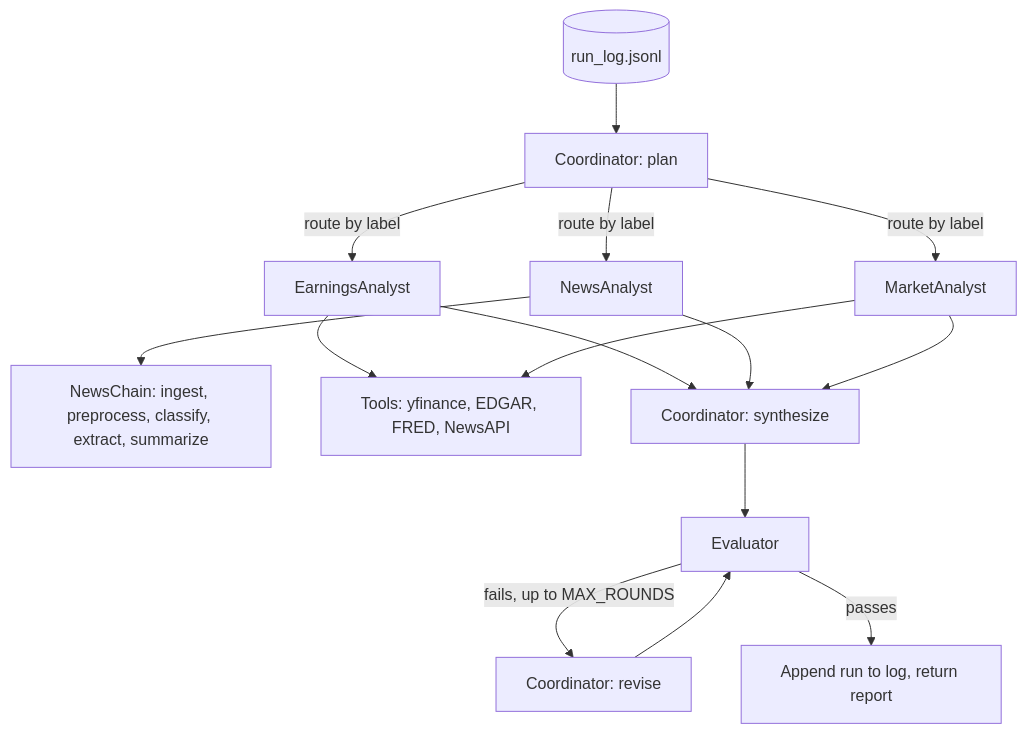
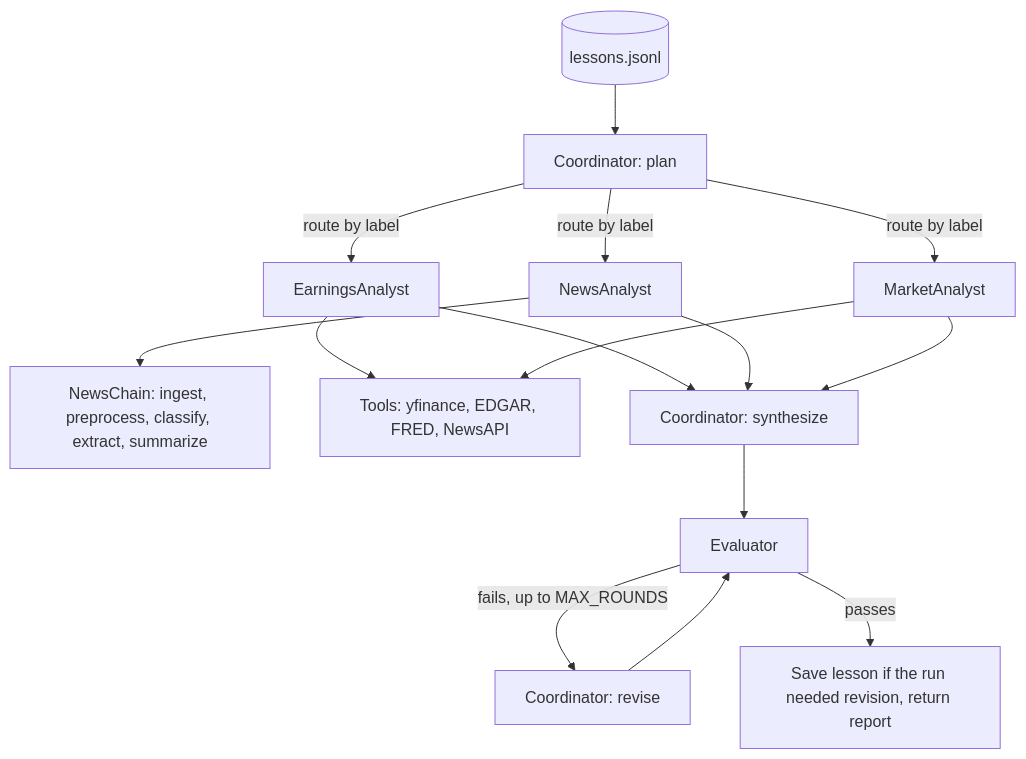
The diagram in README.md (seanmcgowanx/multi-agent-financial-analyst), drawn with Mermaid before and after one commit. The commit also changed other lines of this file and 3 other files, not shown here.

Commit message:
rename run log to lessons.jsonl and update README for the lesson log

````diff
--- a/README.md
+++ b/README.md
@@ -12,14 +12,14 @@
 ```mermaid
 flowchart TD
-    M[(run_log.jsonl)] --> C[Coordinator: plan]
+    M[(lessons.jsonl)] --> C[Coordinator: plan]
     C -- route by label --> E[EarningsAnalyst]
     C -- route by label --> N[NewsAnalyst]
     C -- route by label --> K[MarketAnalyst]
     N --> NC[NewsChain: ingest, preprocess, classify, extract, summarize]
     E --> T[Tools: yfinance, EDGAR, FRED, NewsAPI]
     K --> T
     E & N & K --> S[Coordinator: synthesize]
     S --> V[Evaluator]
     V -- fails, up to MAX_ROUNDS --> R[Coordinator: revise] --> V
-    V -- passes --> L[Append run to log, return report]
+    V -- passes --> L[Save lesson if the run needed revision, return report]
 ```
````
